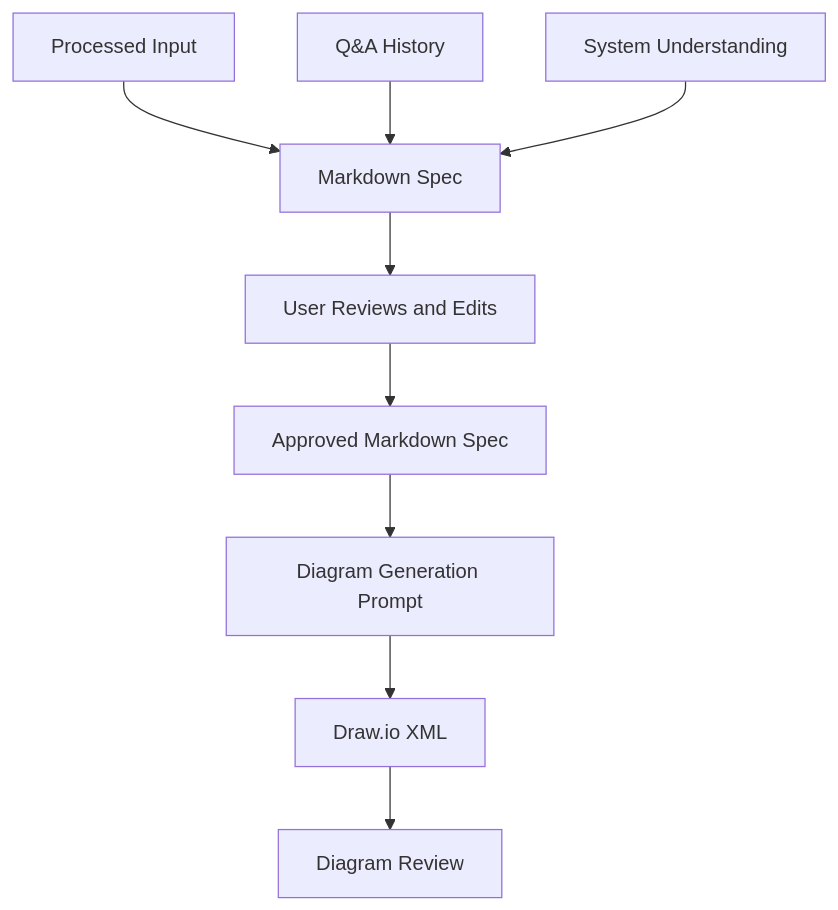
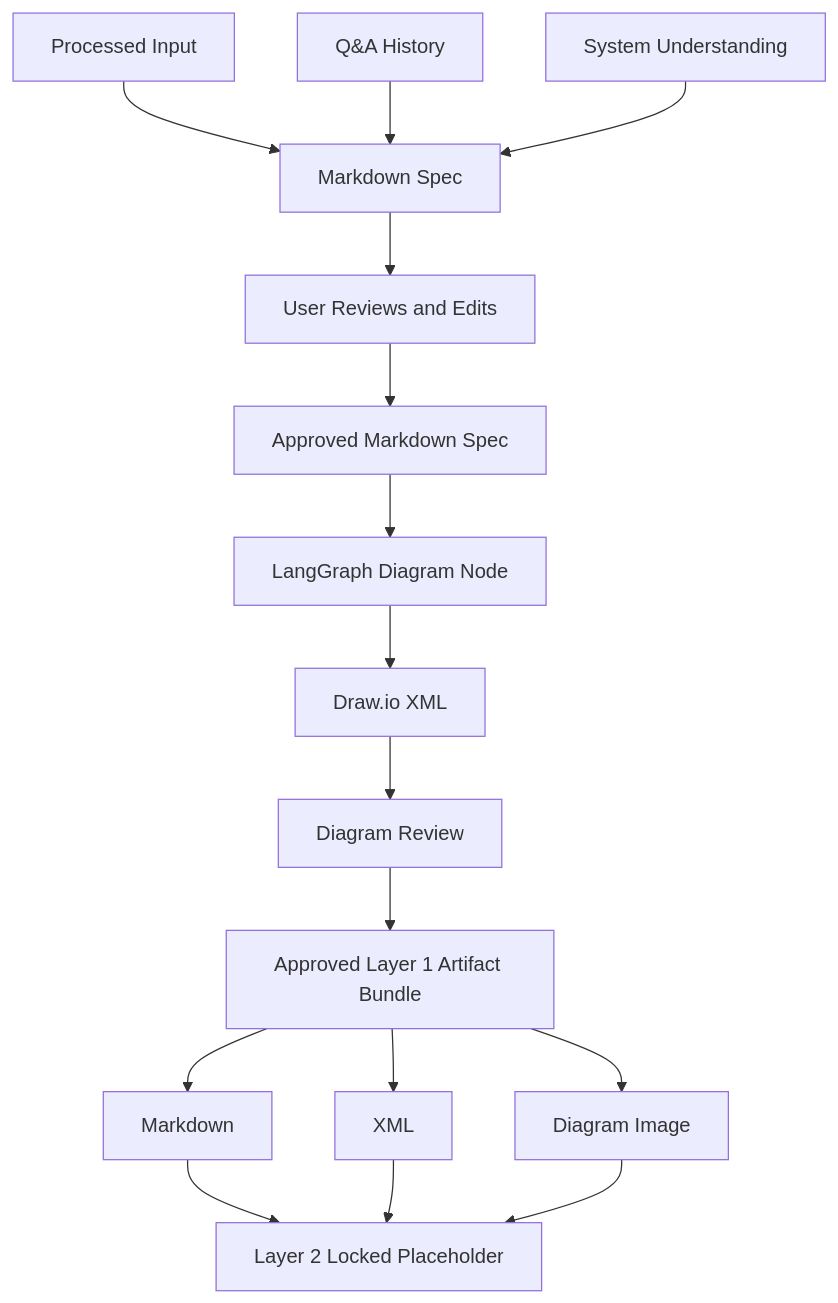
Before and after one commit to ProductMasterz/Mujarrad-Frontend: diagram 16 of 19 in Docs/system-design-detailed-plan.md, drawn with Mermaid. The commit also changed other lines of this file, not shown here.

Commit message:
Refine system design architecture plan

````diff
--- a/Docs/system-design-detailed-plan.md
+++ b/Docs/system-design-detailed-plan.md
@@ -2106,11 +2080,18 @@
 ```mermaid
 flowchart TD
     A[Processed Input] --> D[Markdown Spec]
     B[Q&A History] --> D
     C[System Understanding] --> D
     D --> E[User Reviews and Edits]
     E --> F[Approved Markdown Spec]
-    F --> G[Diagram Generation Prompt]
+    F --> G[LangGraph Diagram Node]
     G --> H[Draw.io XML]
     H --> I[Diagram Review]
+    I --> J[Approved Layer 1 Artifact Bundle]
+    J --> J1[Markdown]
+    J --> J2[XML]
+    J --> J3[Diagram Image]
+    J1 --> K[Layer 2 Locked Placeholder]
+    J2 --> K
+    J3 --> K
 ```
````
